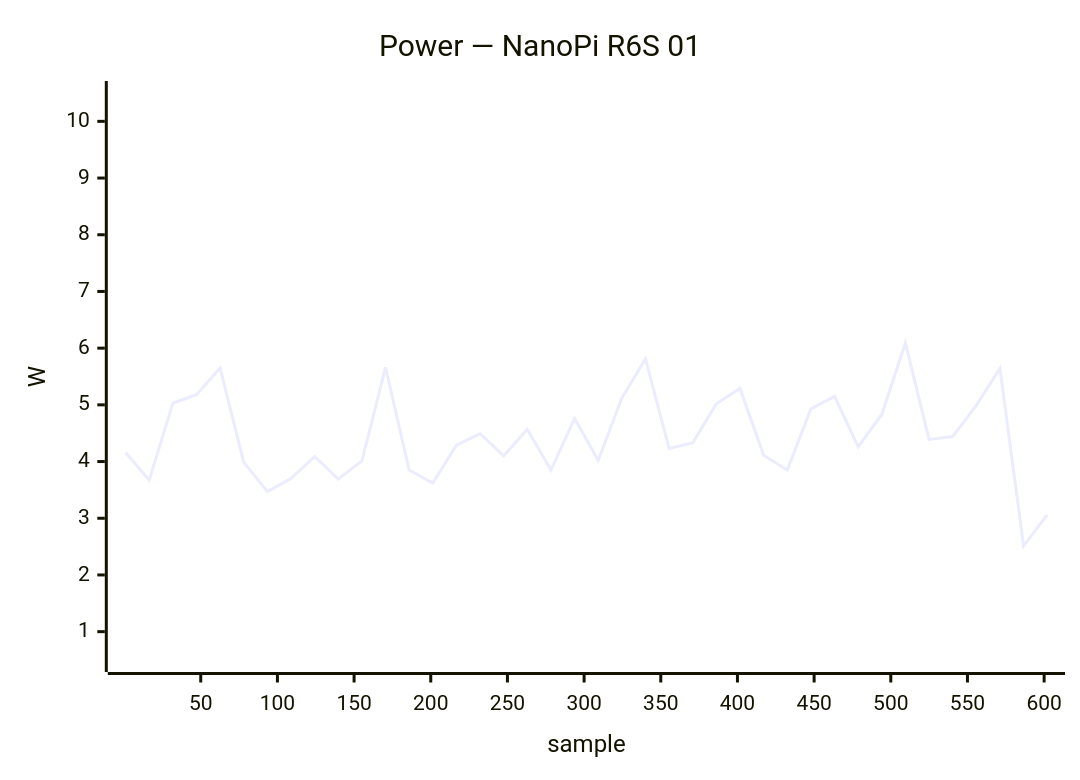
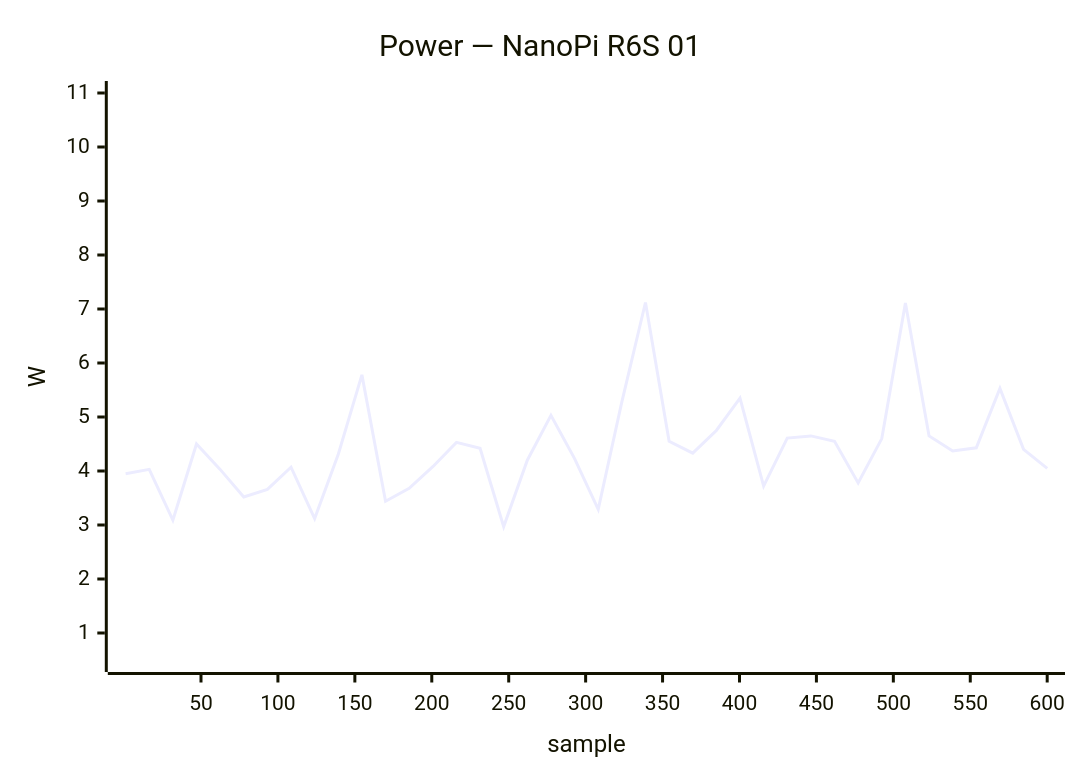
Before and after one commit to armbian/documentation: the tenth of 25 diagrams in docs/status/board-tests.md, drawn with Mermaid. The commit also changed other lines of this file, not shown here.

````diff
--- a/docs/status/board-tests.md
+++ b/docs/status/board-tests.md
@@ -661,7 +661,7 @@
     ```mermaid
     xychart-beta
         title "Power — NanoPi R6S 01"
-        x-axis "sample" 1 --> 602
-        y-axis "W" 0.5 --> 10.5
-        line [4.16, 3.67, 5.03, 5.18, 5.65, 3.99, 3.47, 3.70, 4.09, 3.69, 4.01, 5.66, 3.85, 3.62, 4.29, 4.49, 4.10, 4.57, 3.85, 4.76, 4.02, 5.12, 5.81, 4.23, 4.33, 5.02, 5.29, 4.11, 3.85, 4.93, 5.15, 4.26, 4.83, 6.09, 4.39, 4.44, 4.99, 5.64, 2.51, 3.06]
+        x-axis "sample" 1 --> 600
+        y-axis "W" 0.5 --> 11.0
+        line [3.95, 4.03, 3.09, 4.50, 4.03, 3.52, 3.66, 4.07, 3.12, 4.31, 5.78, 3.44, 3.68, 4.08, 4.53, 4.42, 2.97, 4.20, 5.03, 4.23, 3.29, 5.28, 7.12, 4.55, 4.33, 4.75, 5.35, 3.72, 4.61, 4.65, 4.55, 3.78, 4.60, 7.11, 4.65, 4.37, 4.43, 5.53, 4.40, 4.05]
     ```
````
